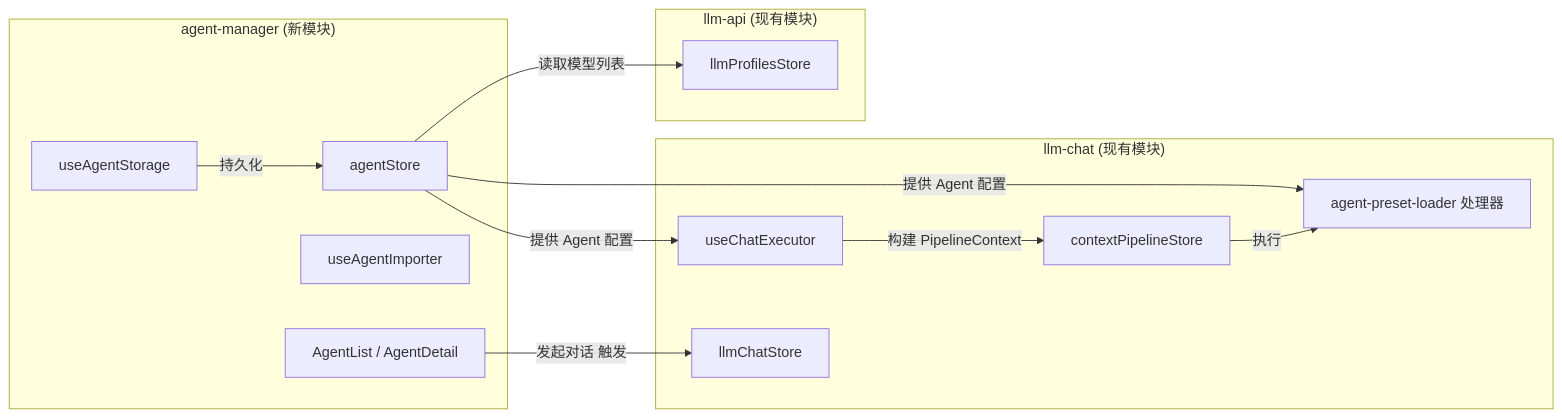
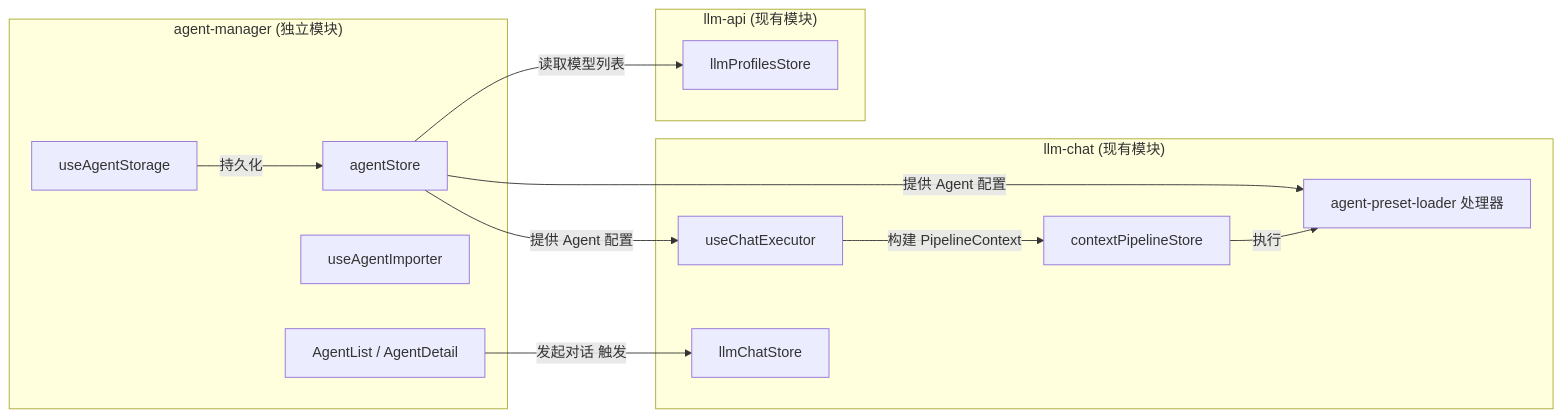
Before and after one commit to miaotouy/aio-hub: the first of 3 diagrams in mobile/docs/plan/mobile-agent-manager-plan.md, drawn with Mermaid. The commit also changed other lines of this file, not shown here.

First line of the commit message:
docs(mobile-agent-manager): 更新移动端 Agent 管理器规划方案，反映阶段 3 主链路完成状态

````diff
--- a/mobile/docs/plan/mobile-agent-manager-plan.md
+++ b/mobile/docs/plan/mobile-agent-manager-plan.md
@@ -44,28 +45,28 @@
 ```mermaid
 graph LR
-    subgraph "agent-manager (新模块)"
+    subgraph "agent-manager (独立模块)"
         AS[agentStore]
         AStorage[useAgentStorage]
         AImport[useAgentImporter]
         AUI[AgentList / AgentDetail]
     end
 
     subgraph "llm-chat (现有模块)"
         CS[llmChatStore]
         CE[useChatExecutor]
         Pipeline[contextPipelineStore]
         APL[agent-preset-loader 处理器]
     end
 
     subgraph "llm-api (现有模块)"
         PS[llmProfilesStore]
     end
 
     AS -->|提供 Agent 配置| CE
     AS -->|提供 Agent 配置| APL
     CE -->|构建 PipelineContext| Pipeline
     Pipeline -->|执行| APL
     AUI -->|"发起对话" 触发| CS
     AS -->|读取模型列表| PS
     AStorage -->|持久化| AS
 ```
````
